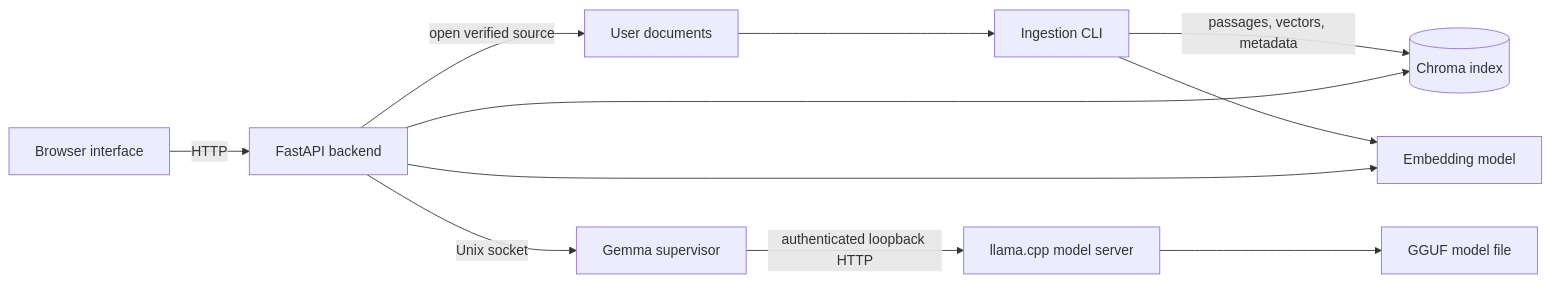
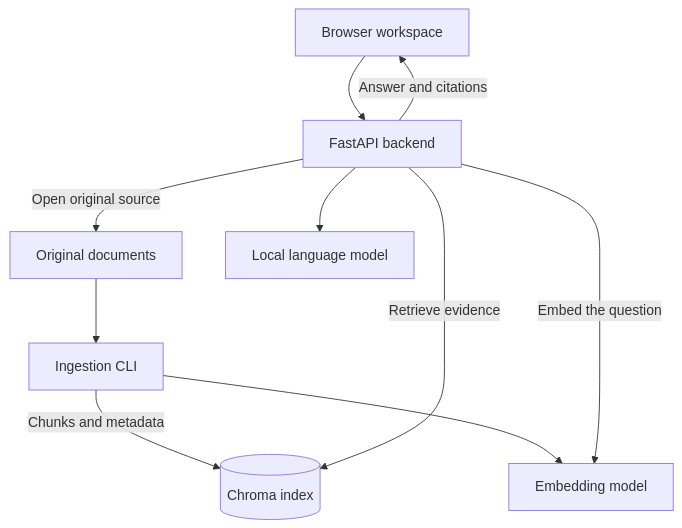
Before and after one commit to Doron126/hebrew-english-rag: the diagram in docs/ARCHITECTURE.md, drawn with Mermaid. The commit also changed other lines of this file and 24 other files, not shown here.

````diff
--- a/docs/ARCHITECTURE.md
+++ b/docs/ARCHITECTURE.md
@@ -5,13 +7,12 @@
 ```mermaid
-flowchart LR
-  U[Browser interface] -->|HTTP| A[FastAPI backend]
-  D[User documents] --> I[Ingestion CLI]
-  I -->|passages, vectors, metadata| C[(Chroma index)]
-  I --> E[Embedding model]
-  A --> C
-  A --> E
-  A -->|open verified source| D
-  A -->|Unix socket| S[Gemma supervisor]
-  S -->|authenticated loopback HTTP| L[llama.cpp model server]
-  L --> M[GGUF model file]
+flowchart TD
+  D["Original documents"] --> I["Ingestion CLI"]
+  I -->|"Chunks and metadata"| C[("Chroma index")]
+  I --> E["Embedding model"]
+  B["Browser workspace"] --> A["FastAPI backend"]
+  A -->|"Retrieve evidence"| C
+  A -->|"Embed the question"| E
+  A --> M["Local language model"]
+  A -->|"Answer and citations"| B
+  A -->|"Open original source"| D
 ```
````
